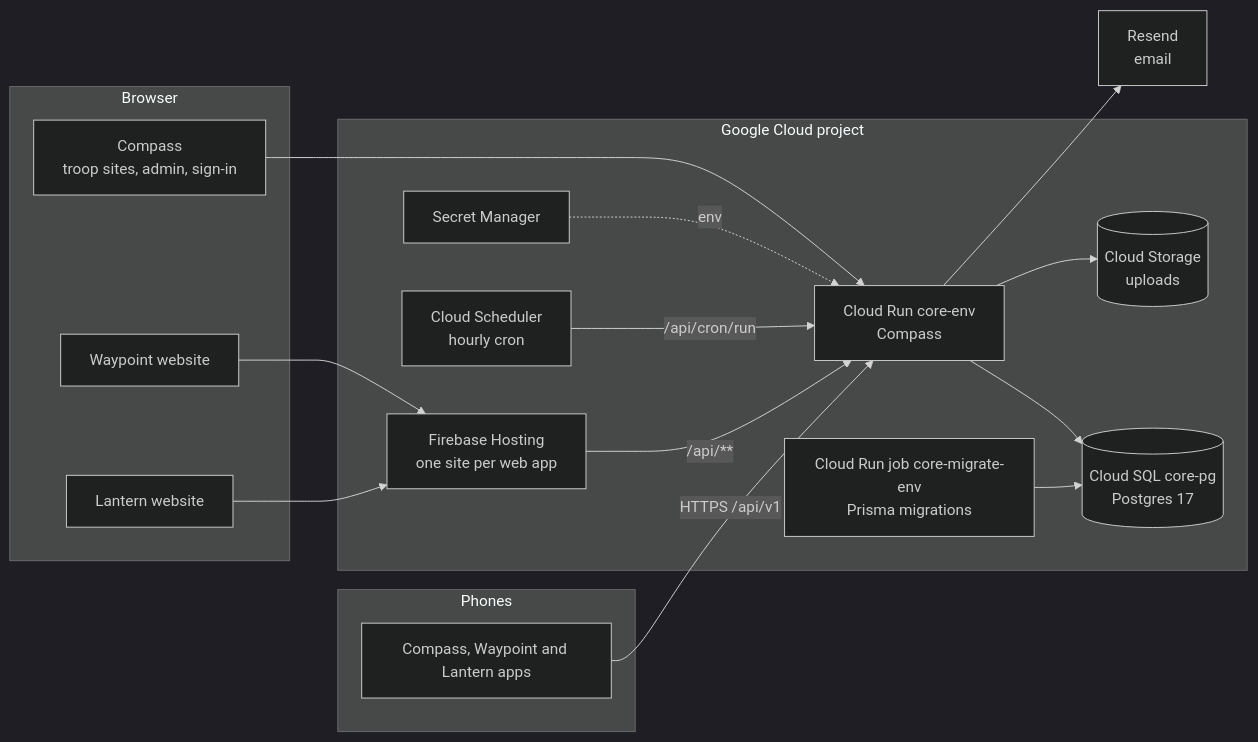
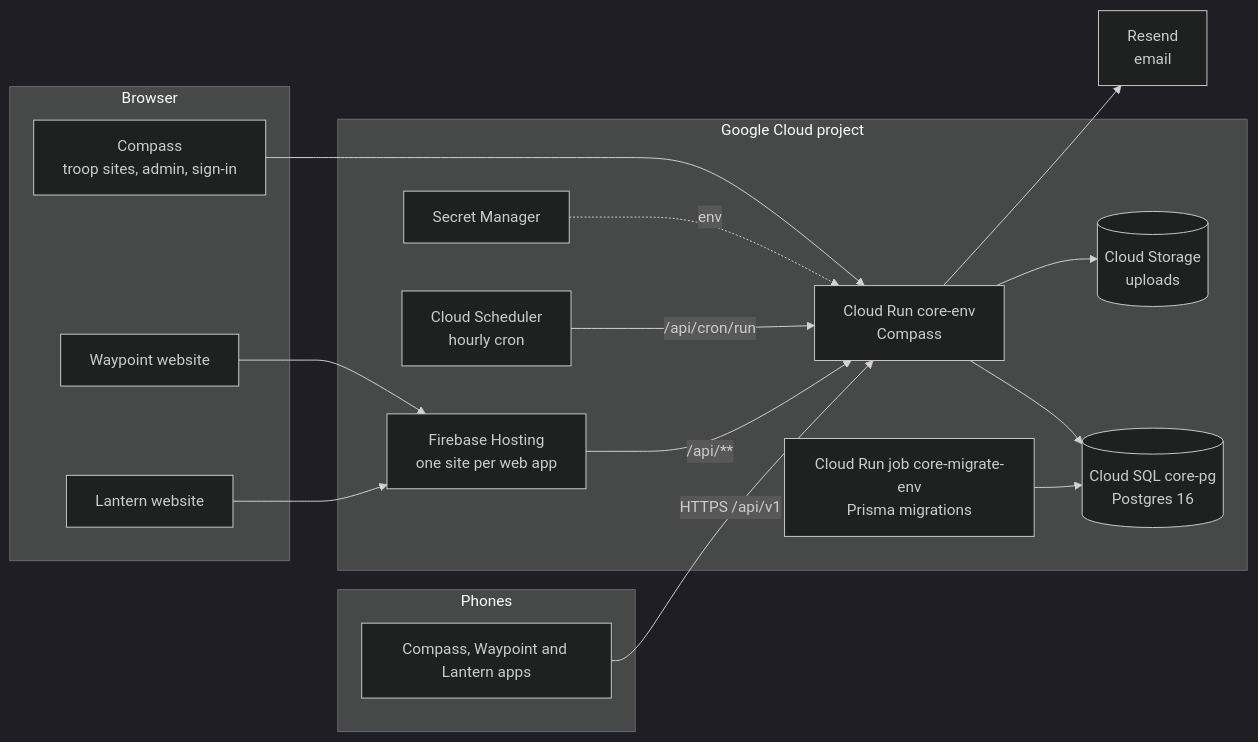
Before and after one commit to jonshern/Scouthosting: the diagram in docs/gcp-deployment.md, drawn with Mermaid (dark theme). The commit also changed other lines of this file and 36 other files, not shown here.

````diff
--- a/docs/gcp-deployment.md
+++ b/docs/gcp-deployment.md
@@ -9,32 +9,32 @@
 ```mermaid
 flowchart LR
   subgraph Phones
     apps[Compass, Waypoint and Lantern apps]
   end
   subgraph Browser
     compass[Compass<br/>troop sites, admin, sign-in]
     waypoint[Waypoint website]
     lantern[Lantern website]
   end
   subgraph Google Cloud project
     run[Cloud Run core-env<br/>Compass]
     job[Cloud Run job core-migrate-env<br/>Prisma migrations]
-    sql[(Cloud SQL core-pg<br/>Postgres 17)]
+    sql[(Cloud SQL core-pg<br/>Postgres 16)]
     gcs[(Cloud Storage<br/>uploads)]
     hosting[Firebase Hosting<br/>one site per web app]
     sm[Secret Manager]
     sched[Cloud Scheduler<br/>hourly cron]
   end
   mail[Resend<br/>email]
   compass --> run
   waypoint --> hosting
   lantern --> hosting
   hosting -- "/api/**" --> run
   apps -- "HTTPS /api/v1" --> run
   run --> sql
   job --> sql
   run --> gcs
   run --> mail
   sched -- "/api/cron/run" --> run
   sm -. env .-> run
 ```
````
